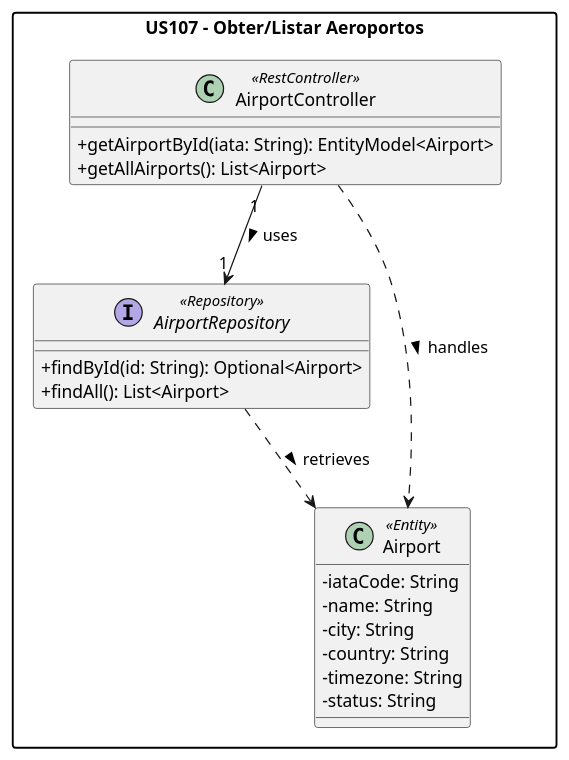
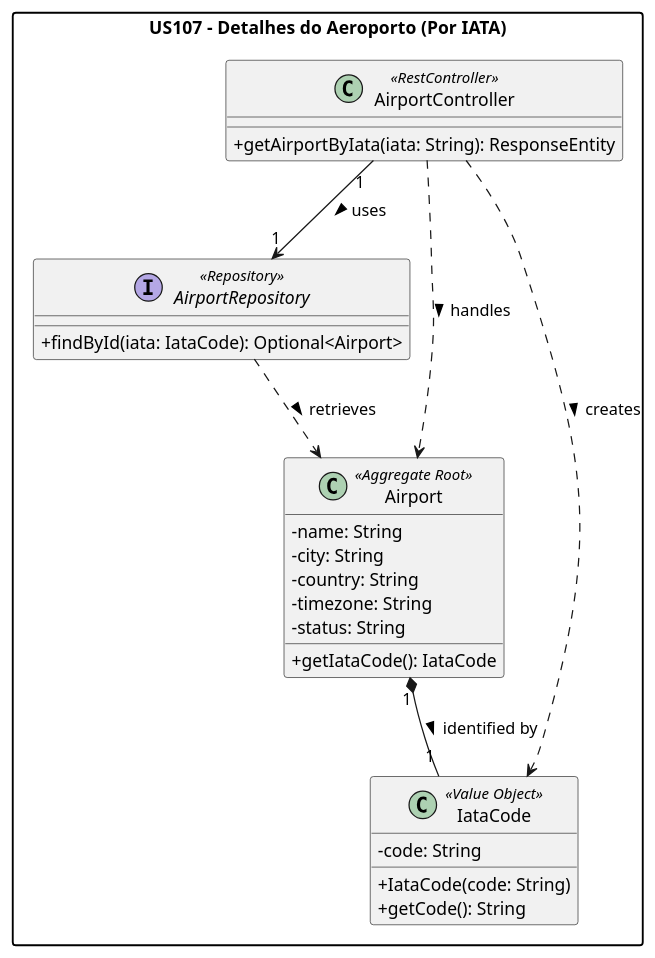
Before and after one commit to jvonhafe/LETI_2DA_PSOFT_2026: the diagram in documentação/US1XX/US107/US107_CD.puml, drawn with PlantUML. The commit also changed 8 other files, not shown here.

```diff
--- a/documentação/US1XX/US107/US107_CD.puml
+++ b/documentação/US1XX/US107/US107_CD.puml
@@ -1,30 +1,36 @@
 @startuml
 skinparam classAttributeIconSize 0
 skinparam packageStyle rectangle
 
-package "US107 - Obter/Listar Aeroportos" {
+package "US107 - Detalhes do Aeroporto (Por IATA)" {
 
     class AirportController <<RestController>> {
-      + getAirportById(iata: String): EntityModel<Airport>
-      + getAllAirports(): List<Airport>
+      + getAirportByIata(iata: String): ResponseEntity
     }
 
     interface AirportRepository <<Repository>> {
-      + findById(id: String): Optional<Airport>
-      + findAll(): List<Airport>
+      + findById(iata: IataCode): Optional<Airport>
     }
 
-    class Airport <<Entity>> {
-      - iataCode: String
+    class Airport <<Aggregate Root>> {
       - name: String
       - city: String
       - country: String
       - timezone: String
       - status: String
+      + getIataCode(): IataCode
+    }
+
+    class IataCode <<Value Object>> {
+      - code: String
+      + IataCode(code: String)
+      + getCode(): String
     }
 
     AirportController "1" --> "1" AirportRepository : uses >
+    AirportController ..> IataCode : creates >
     AirportController ..> Airport : handles >
     AirportRepository ..> Airport : retrieves >
+    Airport "1" *-- "1" IataCode : identified by >
 }
 @enduml
```
